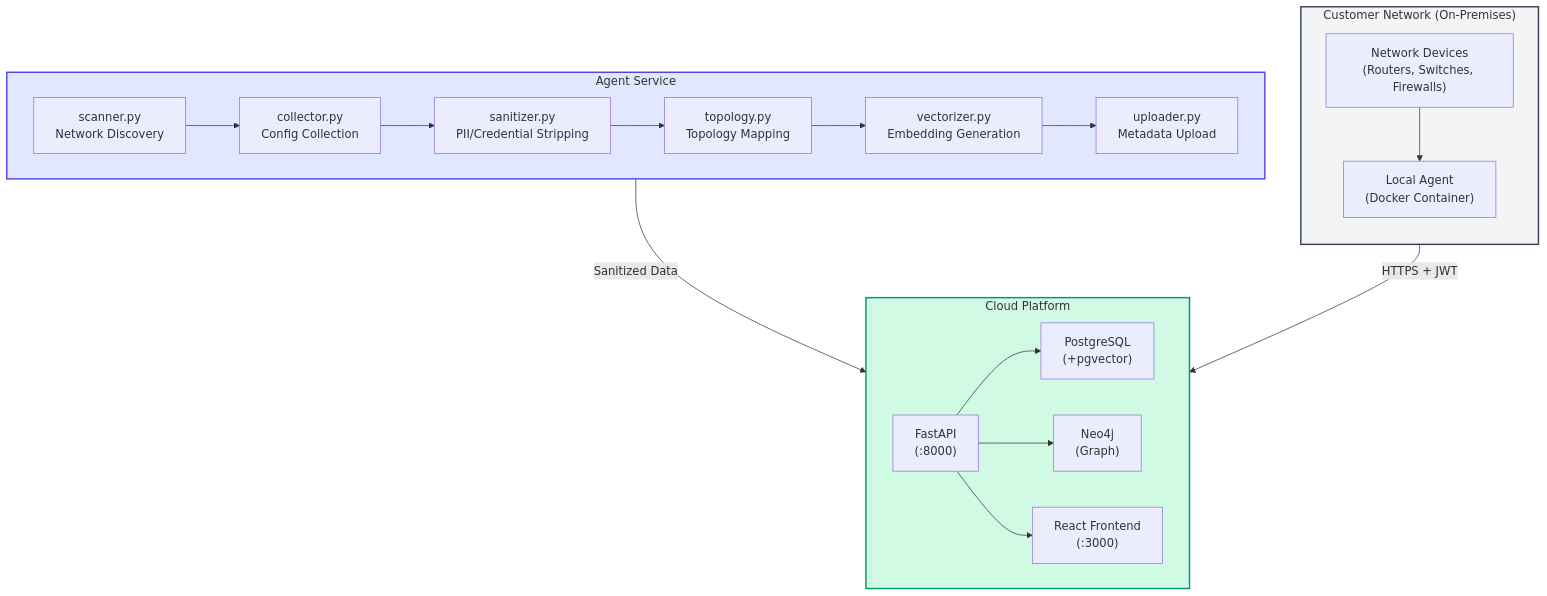
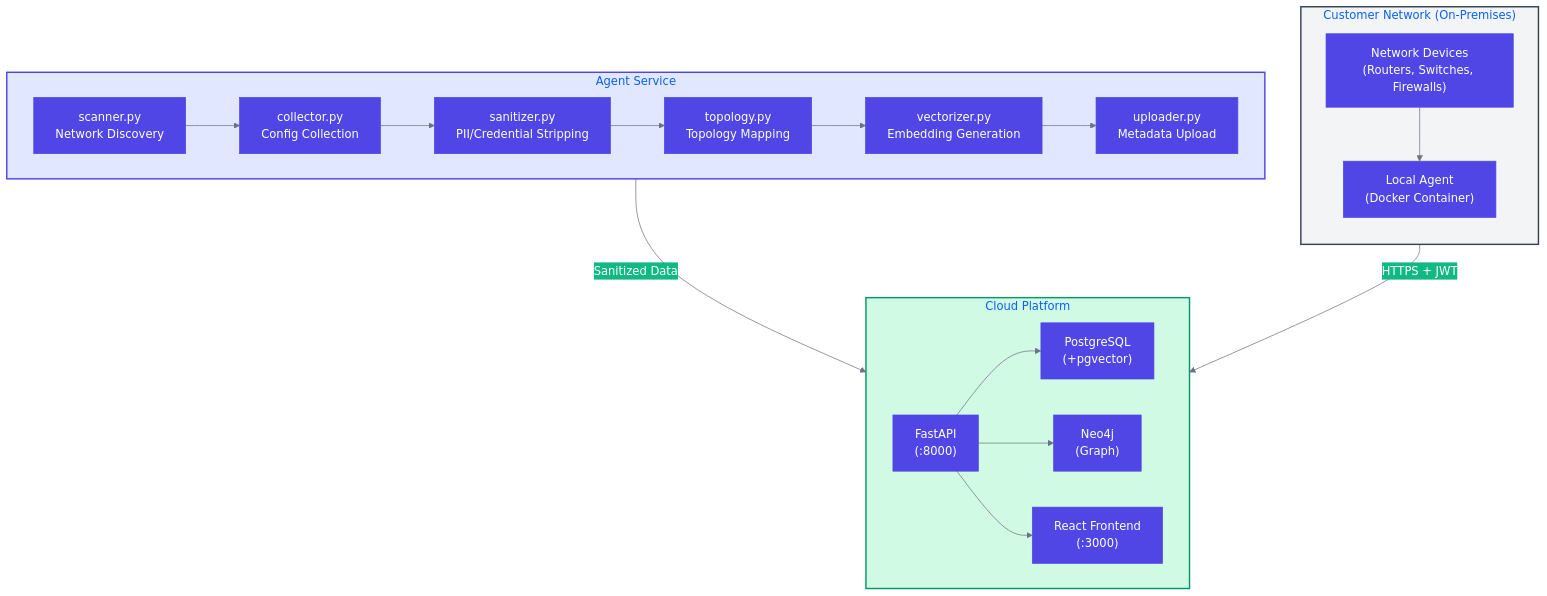
One commit to OpenEther-NetAdmin/NetDiscoverIT changed the diagram in docs/phase1-diagrams/architecture.mmd. Above: the diagram before and after it, drawn with Mermaid. The commit also changed other lines of this file and 2 other files, not shown here.

First line of the commit message:
docs(phase1-diagrams): add design.md and prune architecture/data-flow diagrams

````diff
--- a/docs/phase1-diagrams/architecture.mmd
+++ b/docs/phase1-diagrams/architecture.mmd
@@ -3,47 +1,47 @@
-```mermaid
+%%{ init: { "theme": "base", "themeVariables": { "primaryColor": "#4f46e5", "primaryTextColor": "#fff", "primaryBorderColor": "#4f46e5", "lineColor": "#6b7280", "secondaryColor": "#10b981", "tertiaryColor": "#f59e0b" } } }%%
+
 flowchart TB
     subgraph Customer_Network["Customer Network (On-Premises)"]
         direction TB
         Devices["Network Devices<br/>(Routers, Switches, Firewalls)"]
         Agent["Local Agent<br/>(Docker Container)"]
         
         Devices --> Agent
     end
     
     subgraph Agent_Service["Agent Service"]
         direction LR
         
         Scanner["scanner.py<br/>Network Discovery"]
         Collector["collector.py<br/>Config Collection"]
         Sanitizer["sanitizer.py<br/>PII/Credential Stripping"]
         Topology["topology.py<br/>Topology Mapping"]
         Vectorizer["vectorizer.py<br/>Embedding Generation"]
         Uploader["uploader.py<br/>Metadata Upload"]
         
         Scanner --> Collector
         Collector --> Sanitizer
         Sanitizer --> Topology
         Topology --> Vectorizer
         Vectorizer --> Uploader
     end
     
     subgraph Cloud["Cloud Platform"]
         direction LR
         
         API["FastAPI<br/>(:8000)"]
         Postgres["PostgreSQL<br/>(+pgvector)"]
         Neo4j["Neo4j<br/>(Graph)"]
         Frontend["React Frontend<br/>(:3000)"]
         
         API --> Postgres
         API --> Neo4j
         API --> Frontend
     end
     
     Agent -->|HTTPS + JWT| API
     Uploader -->|Sanitized Data| API
     
     style Customer_Network fill:#f3f4f6,stroke:#374151,stroke-width:2px
     style Agent_Service fill:#e0e7ff,stroke:#4f46e5,stroke-width:2px
     style Cloud fill:#d1fae5,stroke:#059669,stroke-width:2px
-```
````
